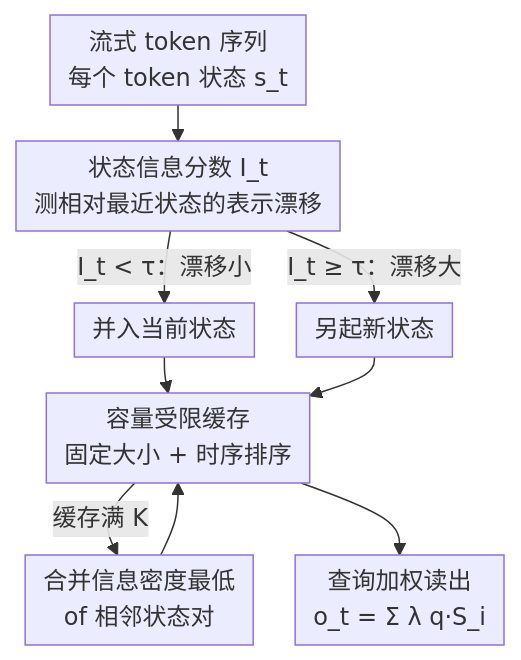
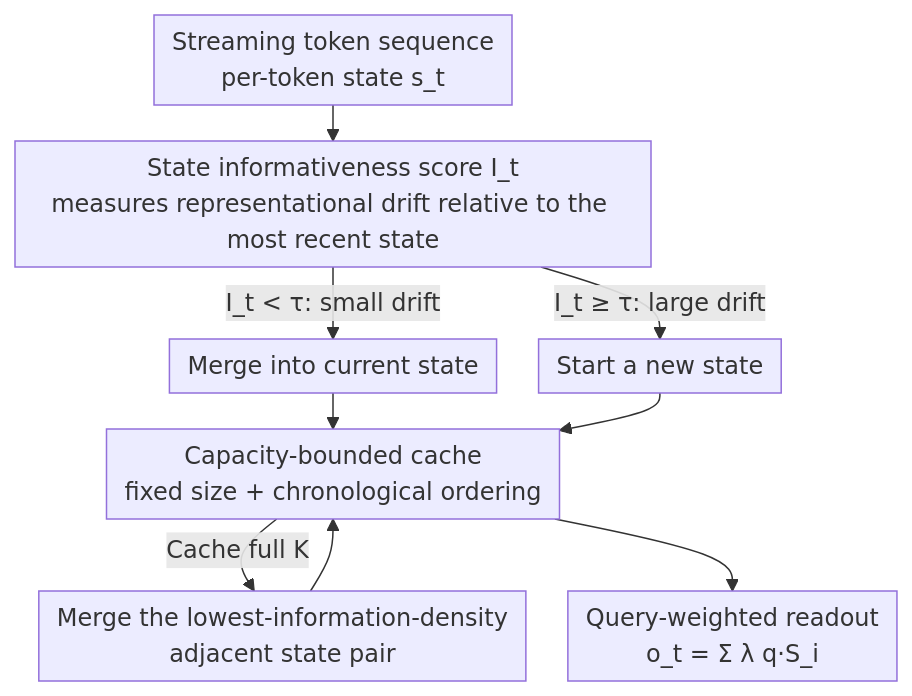
Before and after one commit to zhaoyang97/Paper-Notes-en: the diagram in docs/ICML2026/llm_efficiency/dynamic_linear_attention.md, drawn with Mermaid. The commit also changed 644 other files, not shown here.

````diff
--- a/docs/ICML2026/llm_efficiency/dynamic_linear_attention.md
+++ b/docs/ICML2026/llm_efficiency/dynamic_linear_attention.md
@@ -47,12 +47,12 @@
 ```mermaid
 %%{init: {'flowchart': {'rankSpacing': 24, 'nodeSpacing': 28, 'padding': 6, 'wrappingWidth': 400}}}%%
 flowchart TD
-    A["流式 token 序列<br/>每个 token 状态 s_t"] --> B["状态信息分数 I_t<br/>测相对最近状态的表示漂移"]
-    B -->|"I_t < τ：漂移小"| C["并入当前状态"]
-    B -->|"I_t ≥ τ：漂移大"| D["另起新状态"]
-    C --> E["容量受限缓存<br/>固定大小 + 时序排序"]
+    A["Streaming token sequence<br/>per-token state s_t"] --> B["State informativeness score I_t<br/>measures representational drift relative to the most recent state"]
+    B -->|"I_t < τ: small drift"| C["Merge into current state"]
+    B -->|"I_t ≥ τ: large drift"| D["Start a new state"]
+    C --> E["Capacity-bounded cache<br/>fixed size + chronological ordering"]
     D --> E
-    E -->|"缓存满 K"| F["合并信息密度最低<br/>of 相邻状态对"]
+    E -->|"Cache full K"| F["Merge the lowest-information-density<br/>adjacent state pair"]
     F --> E
-    E --> G["查询加权读出<br/>o_t = Σ λ q·S_i"]
+    E --> G["Query-weighted readout<br/>o_t = Σ λ q·S_i"]
 ```
````
